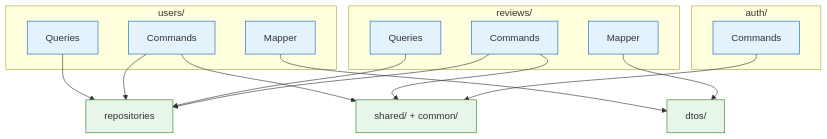
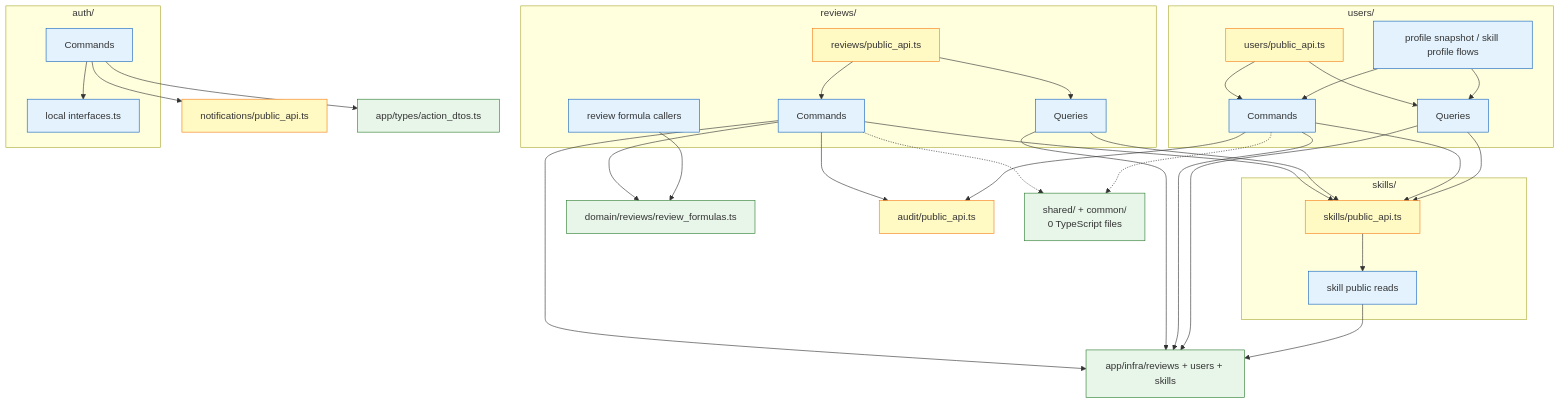
One commit to DuyetTN3112/Suar changed the diagram in diagram/Package/pkg_02c_application_review_user.mmd. Above: the diagram before and after it, drawn with Mermaid. The commit also changed 135 other files, not shown here.

```diff
--- a/diagram/Package/pkg_02c_application_review_user.mmd
+++ b/diagram/Package/pkg_02c_application_review_user.mmd
@@ -1,40 +1,70 @@
-%% pkg_02c_application_review_user: Review, User, Auth, Shared Packages
-%% Scope: CQRS package split for review/account support.
+%% pkg_02c_application_review_user: Review, User, Auth, Skills Packages
+%% Updated 2026-04-29.
 
 graph TD
     subgraph reviews["reviews/"]
+        R_API["reviews/public_api.ts"]
         R_CMD["Commands"]
         R_QRY["Queries"]
-        R_MAP["Mapper"]
+        R_FORMULA["review formula callers"]
     end
 
     subgraph users["users/"]
+        U_API["users/public_api.ts"]
         U_CMD["Commands"]
         U_QRY["Queries"]
-        U_MAP["Mapper"]
+        U_PROFILE["profile snapshot / skill profile flows"]
+    end
+
+    subgraph skills["skills/"]
+        S_API["skills/public_api.ts"]
+        S_PORT["skill public reads"]
     end
 
     subgraph auth["auth/"]
         AUTH_CMD["Commands"]
+        AUTH_IFACE["local interfaces.ts"]
     end
 
-    SHARED["shared/ + common/"]
-    DTOS["dtos/"]
-    REPOS["repositories"]
+    DOMAIN_FORMULAS["domain/reviews/review_formulas.ts"]
+    AUDIT_API["audit/public_api.ts"]
+    NOTIF_API["notifications/public_api.ts"]
+    INFRA["app/infra/reviews + users + skills"]
+    DTO_TYPES["app/types/action_dtos.ts"]
+    EMPTY_SHARED["shared/ + common/\n0 TypeScript files"]
 
-    R_CMD --> REPOS
-    R_QRY --> REPOS
-    R_MAP --> DTOS
+    R_API --> R_CMD
+    R_API --> R_QRY
+    R_CMD --> DOMAIN_FORMULAS
+    R_FORMULA --> DOMAIN_FORMULAS
+    R_CMD --> S_API
+    R_QRY --> S_API
+    R_CMD --> AUDIT_API
+    R_CMD --> INFRA
+    R_QRY --> INFRA
 
-    U_CMD --> REPOS
-    U_QRY --> REPOS
-    U_MAP --> DTOS
+    U_API --> U_CMD
+    U_API --> U_QRY
+    U_CMD --> S_API
+    U_QRY --> S_API
+    U_PROFILE --> U_CMD
+    U_PROFILE --> U_QRY
+    U_CMD --> AUDIT_API
+    U_CMD --> INFRA
+    U_QRY --> INFRA
 
-    AUTH_CMD --> SHARED
-    R_CMD --> SHARED
-    U_CMD --> SHARED
+    S_API --> S_PORT
+    S_PORT --> INFRA
+    AUTH_CMD --> AUTH_IFACE
+    AUTH_CMD --> NOTIF_API
+    AUTH_CMD --> DTO_TYPES
+
+    R_CMD -.-> EMPTY_SHARED
+    U_CMD -.-> EMPTY_SHARED
 
     classDef pkg fill:#E3F2FD,stroke:#1565C0,color:#333
+    classDef api fill:#FFF9C4,stroke:#F57F17,color:#333
     classDef aux fill:#E8F5E9,stroke:#2E7D32,color:#333
-    class R_CMD,R_QRY,R_MAP,U_CMD,U_QRY,U_MAP,AUTH_CMD pkg
-    class SHARED,DTOS,REPOS aux
+    class R_CMD,R_QRY,R_FORMULA,U_CMD,U_QRY,U_PROFILE,S_PORT,AUTH_CMD,AUTH_IFACE pkg
+    class R_API,U_API,S_API,AUDIT_API,NOTIF_API api
+    class DOMAIN_FORMULAS,INFRA,DTO_TYPES,EMPTY_SHARED aux
```
